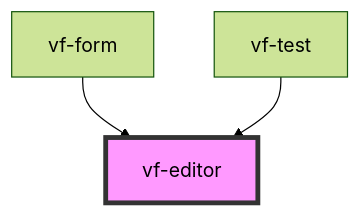
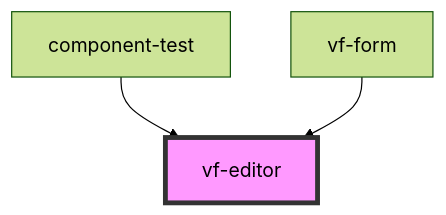
One commit to ols87/formable changed the diagram in src/components/editor/readme.md. Above: the diagram before and after it, drawn with Mermaid (forest theme). The commit also changed other lines of this file and 28 other files, not shown here.

````diff
--- a/src/components/editor/readme.md
+++ b/src/components/editor/readme.md
@@ -33,6 +33,6 @@
 ```mermaid
 graph TD;
+  component-test --> vf-editor
   vf-form --> vf-editor
-  vf-test --> vf-editor
   style vf-editor fill:#f9f,stroke:#333,stroke-width:4px
 ```
````
